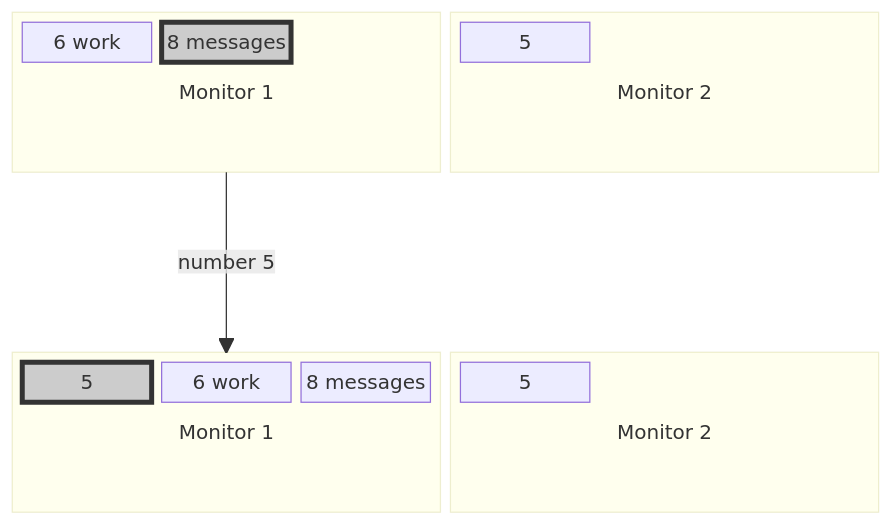
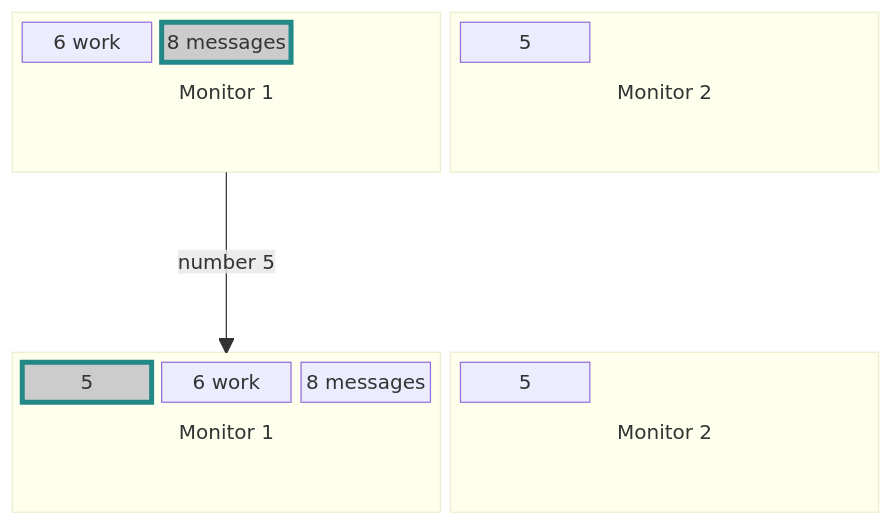
One commit to berezowski/swaymsg_workspace changed the ninth of 10 diagrams in README.md. Above: the diagram before and after it, drawn with Mermaid. The commit also changed other lines of this file, not shown here.

````diff
--- a/README.md
+++ b/README.md
@@ -249,31 +249,31 @@
 ```mermaid
 block-beta
   columns 2
     block:a1["Monitor 1"]:1
       columns 3
       A1["6 work"]
       B1["8 messages"]
       space:6
     end
     block:a2["Monitor 2"]:1
       columns 3
       A2["5"]
       space:6    
     end
   space:2
     block:b1["Monitor 1"]:1
       columns 3
       C1["5"]
       D1["6 work"]
       E1["8 messages"]
       space:6
     end
     block:b2["Monitor 2"]:1
       columns 3
       B2["5"]
       space:6    
     end
   a1 -- "number 5" --> b1
-  style B1 fill:#ccc,stroke:#333,stroke-width:4px
-  style C1 fill:#ccc,stroke:#333,stroke-width:4px
+  style B1 fill:#ccc,stroke:#288,stroke-width:4px,color:#000
+  style C1 fill:#ccc,stroke:#288,stroke-width:4px,color:#000
 ```
````
